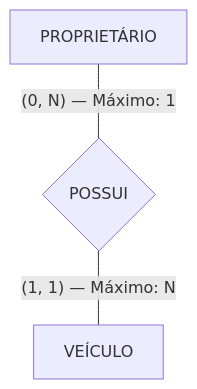
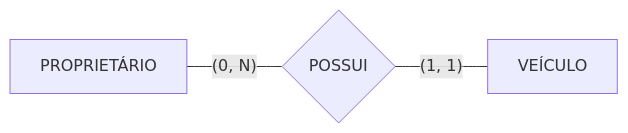
Before and after one commit to leorruas/puc: the second of 13 diagrams in 02. Modelagem de Dados/06. Modelagem de relacionamentos, cardinalidade e restrições de participação.md, drawn with Mermaid. The commit also changed other lines of this file, not shown here.

````diff
--- a/02. Modelagem de Dados/06. Modelagem de relacionamentos, cardinalidade e restrições de participação.md
+++ b/02. Modelagem de Dados/06. Modelagem de relacionamentos, cardinalidade e restrições de participação.md
@@ -54,5 +54,5 @@
 ```mermaid
-flowchart TD
-    Prop["PROPRIETÁRIO"] ---|"(0, N) — Máximo: 1"| RelProp{"POSSUI"}
-    RelProp ---|"(1, 1) — Máximo: N"| Veic["VEÍCULO"]
+flowchart LR
+    Proprietario["PROPRIETÁRIO"]:::data ---|"(0, N)"| Possui{"POSSUI"}:::core
+    Possui ---|"(1, 1)"| Veiculo["VEÍCULO"]:::data
 ```
````
